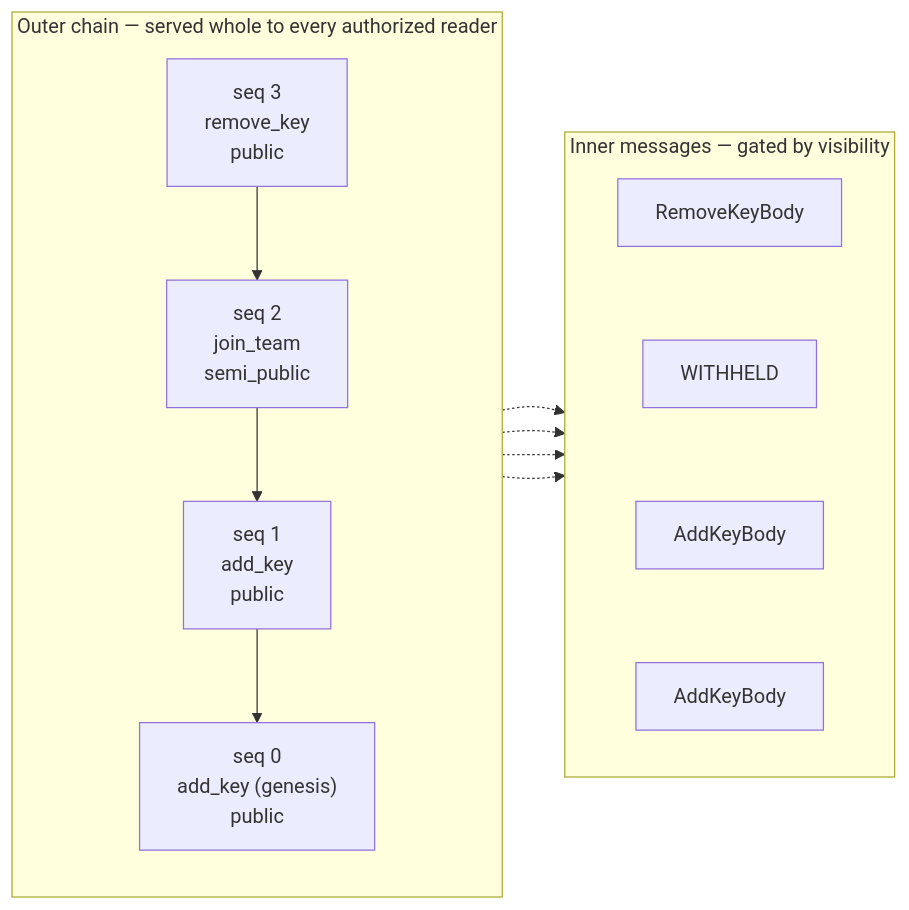
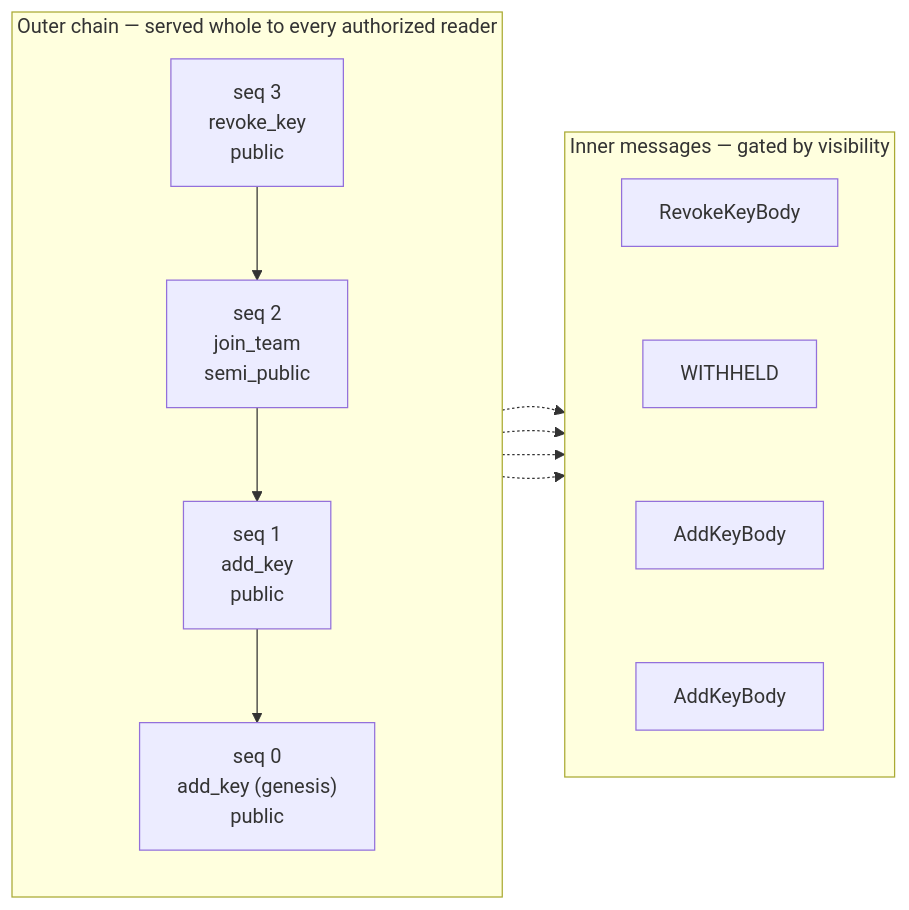
The third of 5 diagrams in crates/bitwarden-trust-log/trust-log.md (bitwarden/sdk-internal), drawn with Mermaid before and after one commit. The commit also changed other lines of this file, not shown here.

Commit message:
fix: replace remove_key with revoke_key

````diff
--- a/crates/bitwarden-trust-log/trust-log.md
+++ b/crates/bitwarden-trust-log/trust-log.md
@@ -103,16 +103,16 @@
 ```mermaid
 flowchart LR
   subgraph OUTERCHAIN["Outer chain — served whole to every authorized reader"]
     direction TB
-    O3["seq 3<br/>remove_key<br/>public"] --> O2["seq 2<br/>join_team<br/>semi_public"] --> O1["seq 1<br/>add_key<br/>public"] --> O0["seq 0<br/>add_key (genesis)<br/>public"]
+    O3["seq 3<br/>revoke_key<br/>public"] --> O2["seq 2<br/>join_team<br/>semi_public"] --> O1["seq 1<br/>add_key<br/>public"] --> O0["seq 0<br/>add_key (genesis)<br/>public"]
   end
   subgraph INNERS["Inner messages — gated by visibility"]
     direction TB
-    I3["RemoveKeyBody"] ~~~ I2["WITHHELD"] ~~~ I1["AddKeyBody"] ~~~ I0["AddKeyBody"]
+    I3["RevokeKeyBody"] ~~~ I2["WITHHELD"] ~~~ I1["AddKeyBody"] ~~~ I0["AddKeyBody"]
   end
   OUTERCHAIN ~~~ INNERS
   O3 -.-> I3
   O2 -.-> I2
   O1 -.-> I1
   O0 -.-> I0
 ```
````
